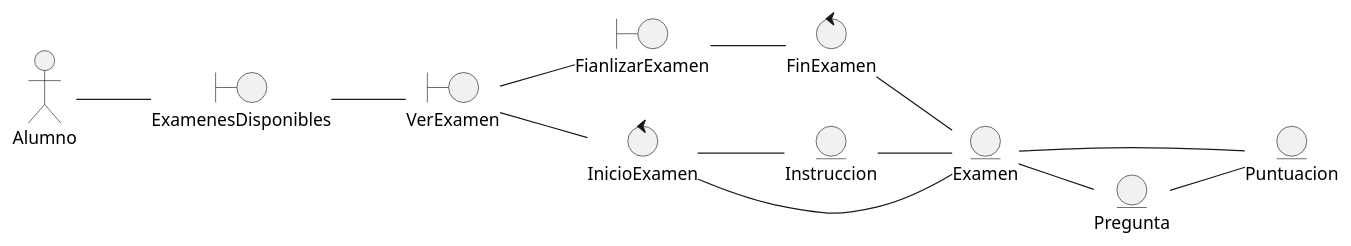
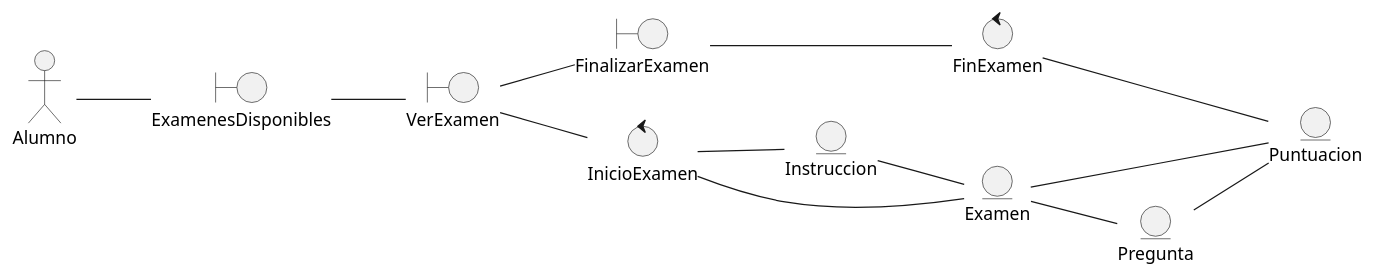
The diagram in docs/scenariosView/DiagramaClasesDeAnalisis.plantuml (Carverz/IS-022023_Proyecto-Grupo-4), drawn with PlantUML before and after one commit. The commit also changed 1 other file, not shown here.

Commit message:
Modificacion diagrama de analisis

```diff
--- a/docs/scenariosView/DiagramaClasesDeAnalisis.plantuml
+++ b/docs/scenariosView/DiagramaClasesDeAnalisis.plantuml
@@ -1,29 +1,29 @@
 @startuml
 left to right direction
 hide footbox
 hide link
 Actor Alumno
 boundary ExamenesDisponibles
 boundary VerExamen
-boundary FianlizarExamen
+boundary FinalizarExamen
 entity Instruccion
 entity Examen
 entity Puntuacion
 entity Pregunta
 control InicioExamen
 control FinExamen
 
 Alumno  -- ExamenesDisponibles
 ExamenesDisponibles -- VerExamen
 VerExamen -- InicioExamen
 InicioExamen -- Instruccion
 InicioExamen -- Examen
 Instruccion -- Examen
 Examen -- Pregunta
 Examen -- Puntuacion
 Pregunta -- Puntuacion
-VerExamen -- FianlizarExamen
-FianlizarExamen -- FinExamen
-FinExamen -- Examen
+VerExamen -- FinalizarExamen
+FinalizarExamen -- FinExamen
+FinExamen -- Puntuacion
 
 @enduml
```
